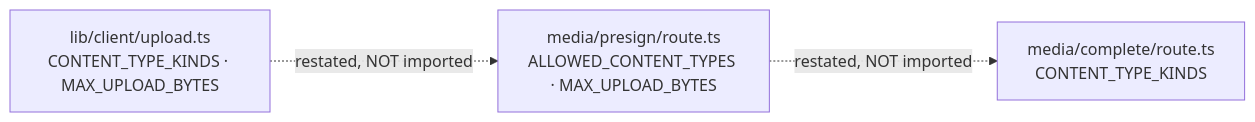
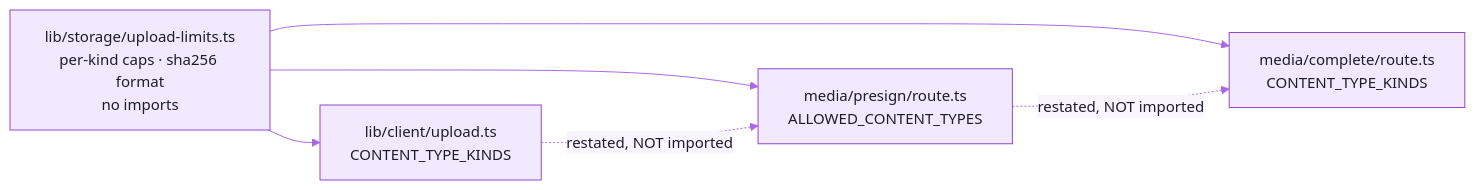
The eighth of 9 diagrams in docs/REQUEST-LIFECYCLE.md (cxacraftecosystem-ui/cxa-cms), drawn with Mermaid before and after one commit. The commit also changed other lines of this file and 8 other files, not shown here.

Commit message:
README showcase on the kit, and every doc brought to the live state: four cron routes, SES, upload tickets, permanent account delete, CI coverage, closed newsletter items, themed diagrams

````diff
--- a/docs/REQUEST-LIFECYCLE.md
+++ b/docs/REQUEST-LIFECYCLE.md
@@ -306,8 +315,13 @@
 ```mermaid
+%%{init: {"theme":"base","themeVariables":{"fontFamily":"Inter, ui-sans-serif, system-ui, -apple-system, Segoe UI, Roboto, Helvetica, Arial, sans-serif","fontSize":"15px","primaryColor":"#F2E9FE","primaryTextColor":"#1E1B2E","primaryBorderColor":"#9148D2","secondaryColor":"#FAEECD","secondaryTextColor":"#1E1B2E","secondaryBorderColor":"#CD9200","tertiaryColor":"#F3F1FA","tertiaryTextColor":"#1E1B2E","tertiaryBorderColor":"#A7A3BC","mainBkg":"#F2E9FE","nodeBorder":"#9148D2","nodeTextColor":"#1E1B2E","lineColor":"#AA69E9","textColor":"#857F9E","edgeLabelBackground":"#F9F5FF","clusterBkg":"#F9F5FF","clusterBorder":"#D6B6FB","titleColor":"#762CB1","noteBkgColor":"#FAEECD","noteTextColor":"#1E1B2E","noteBorderColor":"#CD9200","actorBkg":"#F2E9FE","actorBorder":"#9148D2","actorTextColor":"#1E1B2E","actorLineColor":"#AA69E9","signalColor":"#AA69E9","signalTextColor":"#857F9E","labelBoxBkgColor":"#F2E9FE","labelBoxBorderColor":"#9148D2","labelTextColor":"#1E1B2E","loopTextColor":"#857F9E","activationBkgColor":"#E7D5FE","activationBorderColor":"#9148D2","sequenceNumberColor":"#FFFFFF","transitionColor":"#AA69E9","transitionLabelColor":"#857F9E","stateLabelColor":"#1E1B2E","stateBkg":"#F2E9FE","compositeBackground":"#F9F5FF","compositeTitleBackground":"#F2E9FE","attributeBackgroundColorOdd":"#FFFFFF","attributeBackgroundColorEven":"#F9F5FF","relationColor":"#AA69E9","relationLabelBackground":"#F9F5FF","relationLabelColor":"#1E1B2E"}}}%%
 flowchart LR
-    c["lib/client/upload.ts<br/>CONTENT_TYPE_KINDS · MAX_UPLOAD_BYTES"]
-    p["media/presign/route.ts<br/>ALLOWED_CONTENT_TYPES · MAX_UPLOAD_BYTES"]
+    l["lib/storage/upload-limits.ts<br/>per-kind caps · sha256 format<br/>no imports"]
+    c["lib/client/upload.ts<br/>CONTENT_TYPE_KINDS"]
+    p["media/presign/route.ts<br/>ALLOWED_CONTENT_TYPES"]
     k["media/complete/route.ts<br/>CONTENT_TYPE_KINDS"]
+    l --> c
+    l --> p
+    l --> k
     c -.->|"restated, NOT imported"| p
     p -.->|"restated, NOT imported"| k
 ```
````
